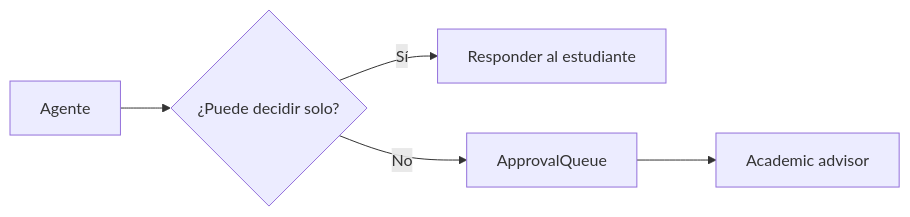
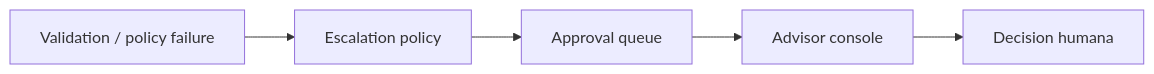
Before and after one commit to aldoapicella/utp-schedule-agent-lab: the diagram in docs/stages/stage-08-human-collaboration.md, drawn with Mermaid. The commit also changed other lines of this file and 109 other files, not shown here.

````diff
--- a/docs/stages/stage-08-human-collaboration.md
+++ b/docs/stages/stage-08-human-collaboration.md
@@ -34,7 +33,7 @@
 ```mermaid
 flowchart LR
-  A["Agente"] --> B{"¿Puede decidir solo?"}
-  B -->|Sí| C["Responder al estudiante"]
-  B -->|No| D["ApprovalQueue"]
-  D --> E["Academic advisor"]
+  A["Validation / policy failure"] --> B["Escalation policy"]
+  B --> C["Approval queue"]
+  C --> D["Advisor console"]
+  D --> E["Decision humana"]
 ```
````
